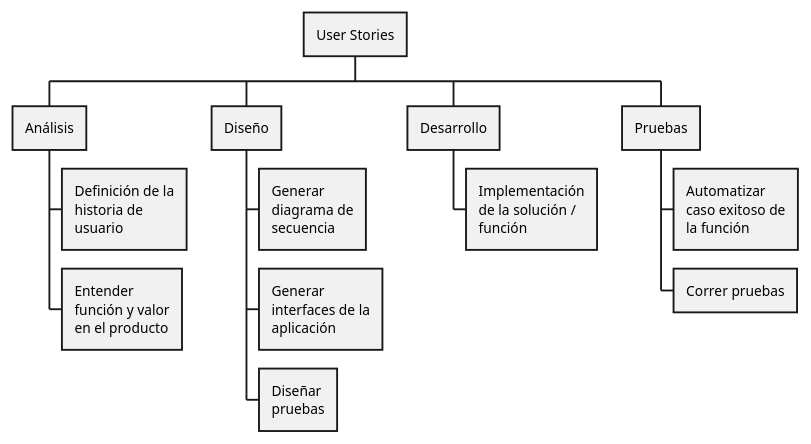
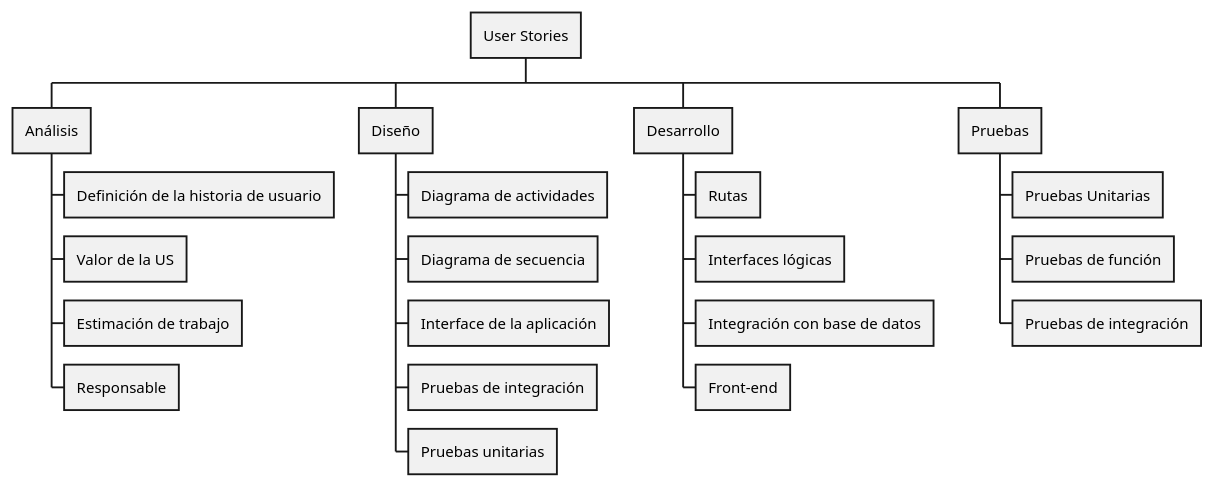
The second of 2 diagrams in docs/Aztlan/Nuestros Proyectos/Xolotl-SOS/WBS.md (AztlanConsulting/Wiki), drawn with PlantUML before and after one commit. The commit also changed other lines of this file and 3 other files, not shown here.

````diff
--- a/docs/Aztlan/Nuestros Proyectos/Xolotl-SOS/WBS.md
+++ b/docs/Aztlan/Nuestros Proyectos/Xolotl-SOS/WBS.md
@@ -151,29 +147,25 @@
 ```puml
 @startwbs
-skinparam defaultFontSize 11
-skinparam wrapWidth 80
-
-<style>
-wbsDiagram {
-  .top {
-    BackgroundColor #6699FF
-    RoundCorner 10
-  }
-}
-</style>
-
 * User Stories
 ** Análisis
 *** Definición de la historia de usuario
-*** Entender función y valor en el producto
+*** Valor de la US
+*** Estimación de trabajo
+*** Responsable
 ** Diseño
-*** Generar diagrama de secuencia
-*** Generar interfaces de la aplicación
-*** Diseñar pruebas
+*** Diagrama de actividades
+*** Diagrama de secuencia
+*** Interface de la aplicación
+*** Pruebas de integración
+*** Pruebas unitarias
 ** Desarrollo
-*** Implementación de la solución / función
+*** Rutas
+*** Interfaces lógicas
+*** Integración con base de datos
+*** Front-end
 ** Pruebas
-*** Automatizar caso exitoso de la función
-*** Correr pruebas 
+*** Pruebas Unitarias
+*** Pruebas de función
+*** Pruebas de integración
 @endwbs
 ```
````
